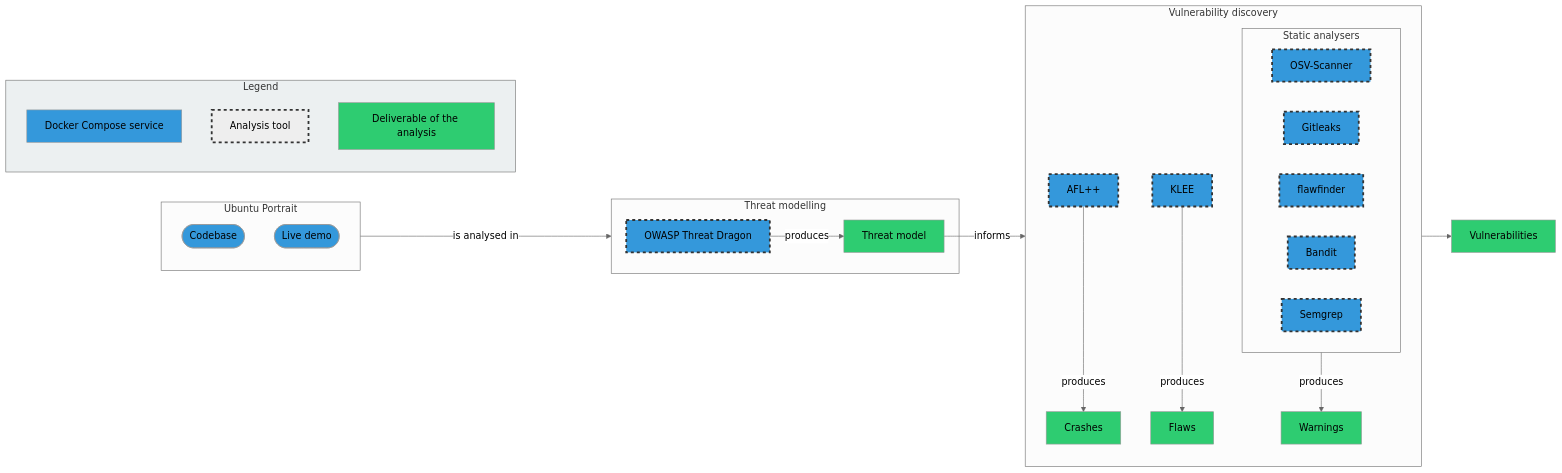
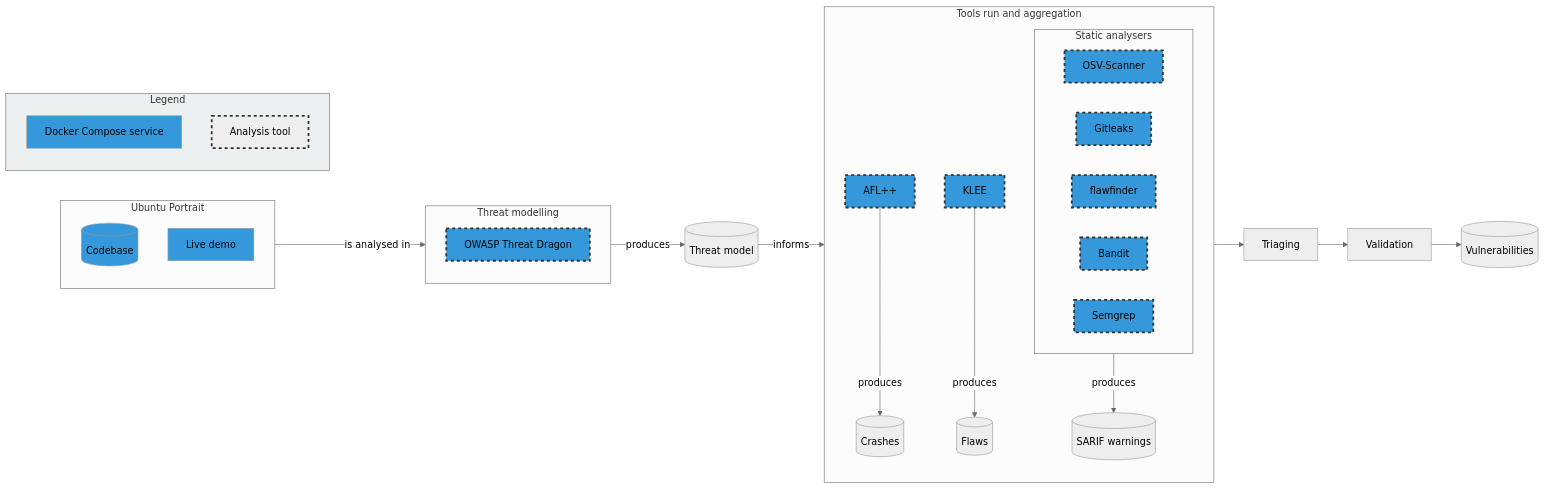
Before and after one commit to iosifache/ossfortress: the diagram in wiki/docs/environment/Analysis infrastructure.md, drawn with Mermaid. The commit also changed 29 other files, not shown here.

````diff
--- a/wiki/docs/environment/Analysis infrastructure.md
+++ b/wiki/docs/environment/Analysis infrastructure.md
@@ -119,73 +119,65 @@
 ```mermaid
 %%{init: {"theme": "neutral", "flowchart": {"htmlLabels": true}}}%%
 
 flowchart LR
 
+%% Class definition
+
+classDef service fill:#3498db
+classDef tool-service fill:#3498db,stroke:#333,stroke-width:3px,stroke-dasharray: 5 5
+classDef tool stroke:#333,stroke-width:3px,stroke-dasharray: 5 5
+classDef legend fill:#ecf0f1
+
+%% Objects
+
 subgraph portrait[Ubuntu Portrait]
-
-    portrait-codebase([Codebase]):::service
-
-    portrait-demo([Live demo]):::service
-
+    portrait-codebase[(Codebase)]:::service
+    portrait-demo[Live demo]:::service
 end
 
 subgraph threat-modelling[Threat modelling]
+    dragon[OWASP Threat Dragon]:::tool-service
+end
 
-    dragon[OWASP Threat Dragon]:::tool-service-->|produces| threat-model[Threat model]:::deliverable
+threat-model[(Threat model)]
 
-end
+threat-modelling -->|produces| threat-model
 
 portrait -->|is analysed in| threat-modelling
 
-threat-model -->|informs| analysis
-
-subgraph analysis[Vulnerability discovery]
-
+subgraph tool_run[Tools run and aggregation]
     subgraph static-analysers[Static analysers]
-
         osv-scanner[OSV-Scanner]:::tool-service
-
         gitleaks[Gitleaks]:::tool-service
-
         flawfinder[flawfinder]:::tool-service
-
         bandit[Bandit]:::tool-service
-
         Semgrep[Semgrep]:::tool-service
-
     end
 
     class static-analysers service
 
-    static-analysers[Static analysers] -->|produces| sast-warnings[Warnings]:::deliverable
+    sast-warnings[(SARIF warnings)]
+    crashes[(Crashes)]
+    flaws[(Flaws)]
+    aflplusplus[AFL++]:::tool-service
+    klee[KLEE]:::tool-service
 
-    aflplusplus[AFL++]:::tool-service -->|produces| crashes[Crashes]:::deliverable
-
-    klee[KLEE]:::tool-service -->|produces| flaws[Flaws]:::deliverable
-
+    static-analysers -->|produces| sast-warnings
+    aflplusplus -->|produces| crashes
+    klee[KLEE]:::tool-service -->|produces| flaws
 end
 
-analysis --> vulnerabilities[Vulnerabilities]:::deliverable
+triaging[Triaging]
+validation[Validation]
+vulnerabilities[(Vulnerabilities)]
+
+threat-model -->|informs| tool_run
+tool_run --> triaging --> validation --> vulnerabilities
 
 subgraph legend[Legend]
-
     service[Docker Compose service]:::service
-
     tool[Analysis tool]:::tool
-
-    deliverable[Deliverable of the analysis]:::deliverable
-
 end
 
 class legend legend
-
-classDef service fill:#3498db
-
-classDef tool-service fill:#3498db,stroke:#333,stroke-width:3px,stroke-dasharray: 5 5
-
-classDef tool stroke:#333,stroke-width:3px,stroke-dasharray: 5 5
-
-classDef deliverable fill:#2ecc71
-
-classDef legend fill:#ecf0f1
 ```
````
